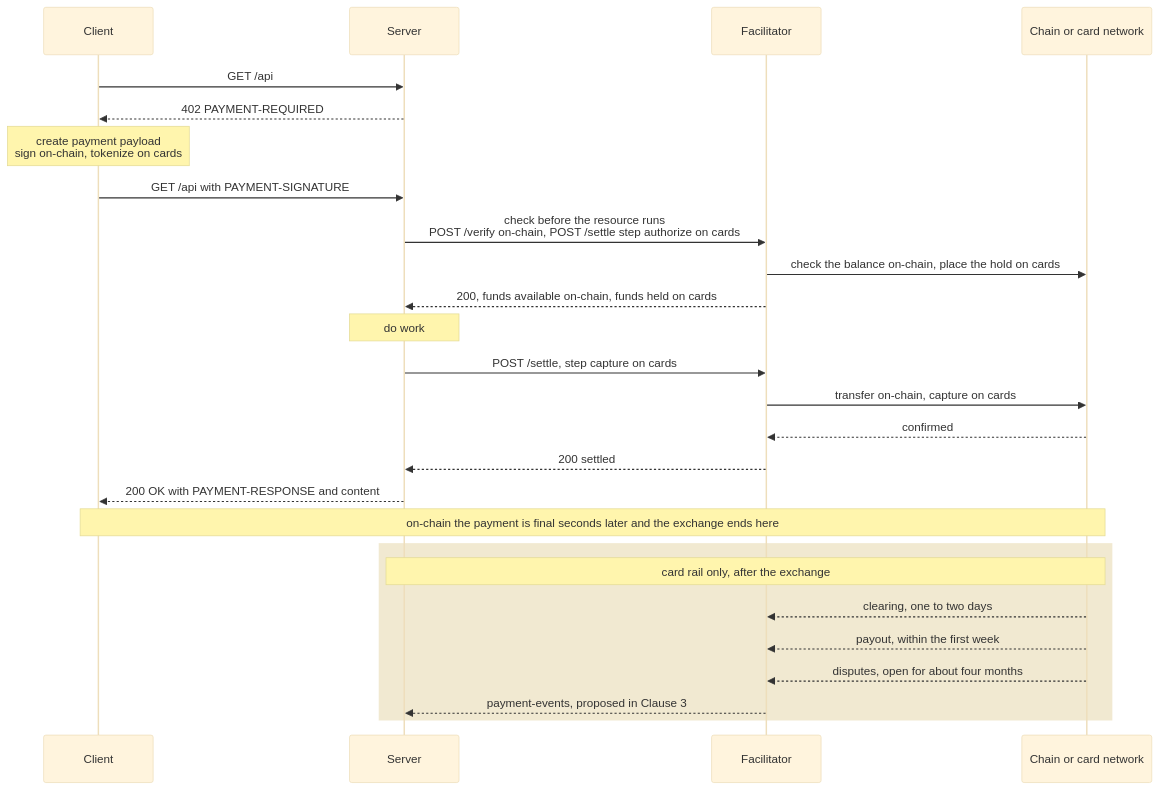
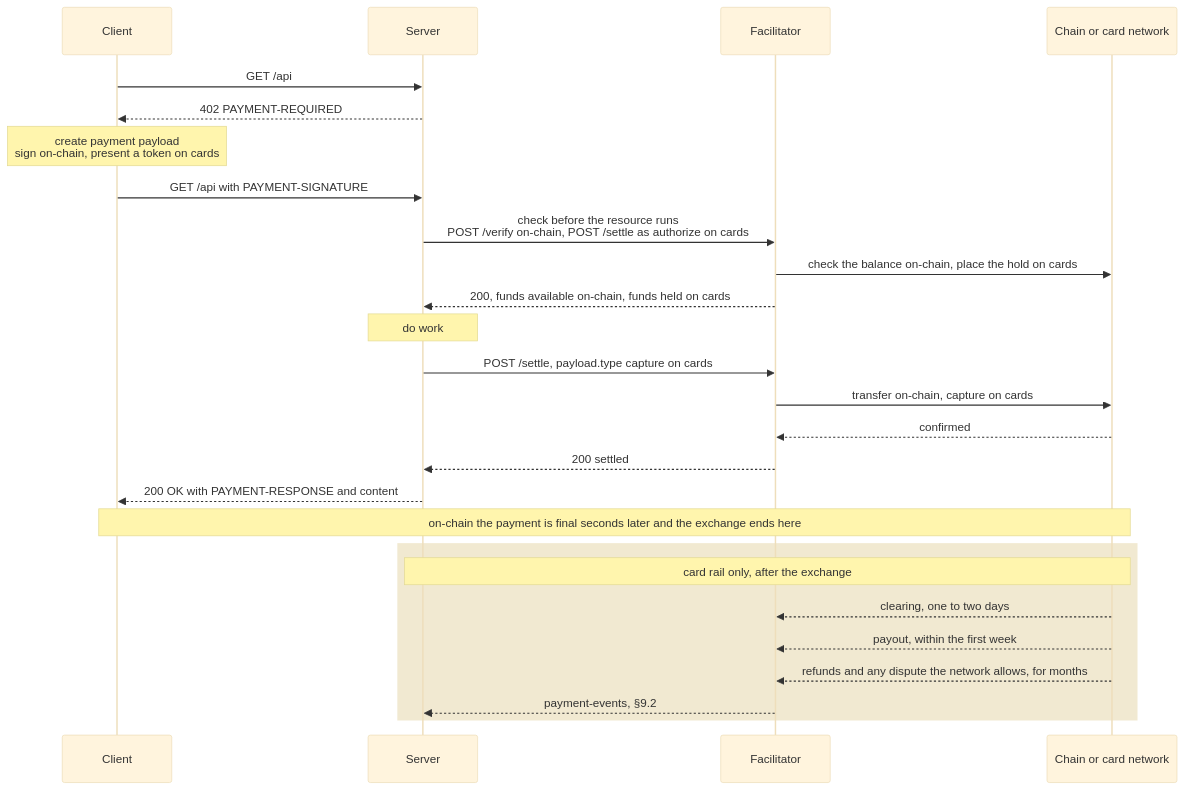
Before and after one commit to stefanoamorelli/x402: the first of 2 diagrams in specs/schemes/auth-capture/scheme_auth_capture_card.md, drawn with Mermaid (base theme). The commit also changed other lines of this file, not shown here.

````diff
--- a/specs/schemes/auth-capture/scheme_auth_capture_card.md
+++ b/specs/schemes/auth-capture/scheme_auth_capture_card.md
@@ -50,28 +70,28 @@
 ```mermaid
 sequenceDiagram
     participant C as Client
     participant S as Server
     participant F as Facilitator
     participant N as Chain or card network
     C->>S: GET /api
     S-->>C: 402 PAYMENT-REQUIRED
-    Note over C: create payment payload<br/>sign on-chain, tokenize on cards
+    Note over C: create payment payload<br/>sign on-chain, present a token on cards
     C->>S: GET /api with PAYMENT-SIGNATURE
-    S->>F: check before the resource runs<br/>POST /verify on-chain, POST /settle step authorize on cards
+    S->>F: check before the resource runs<br/>POST /verify on-chain, POST /settle as authorize on cards
     F->>N: check the balance on-chain, place the hold on cards
     F-->>S: 200, funds available on-chain, funds held on cards
     Note over S: do work
-    S->>F: POST /settle, step capture on cards
+    S->>F: POST /settle, payload.type capture on cards
     F->>N: transfer on-chain, capture on cards
     N-->>F: confirmed
     F-->>S: 200 settled
     S-->>C: 200 OK with PAYMENT-RESPONSE and content
     Note over C,N: on-chain the payment is final seconds later and the exchange ends here
     rect rgba(176, 136, 0, 0.18)
         Note over S,N: card rail only, after the exchange
         N-->>F: clearing, one to two days
         N-->>F: payout, within the first week
-        N-->>F: disputes, open for about four months
-        F-->>S: payment-events, proposed in Clause 3
+        N-->>F: refunds and any dispute the network allows, for months
+        F-->>S: payment-events, §9.2
     end
 ```
````
